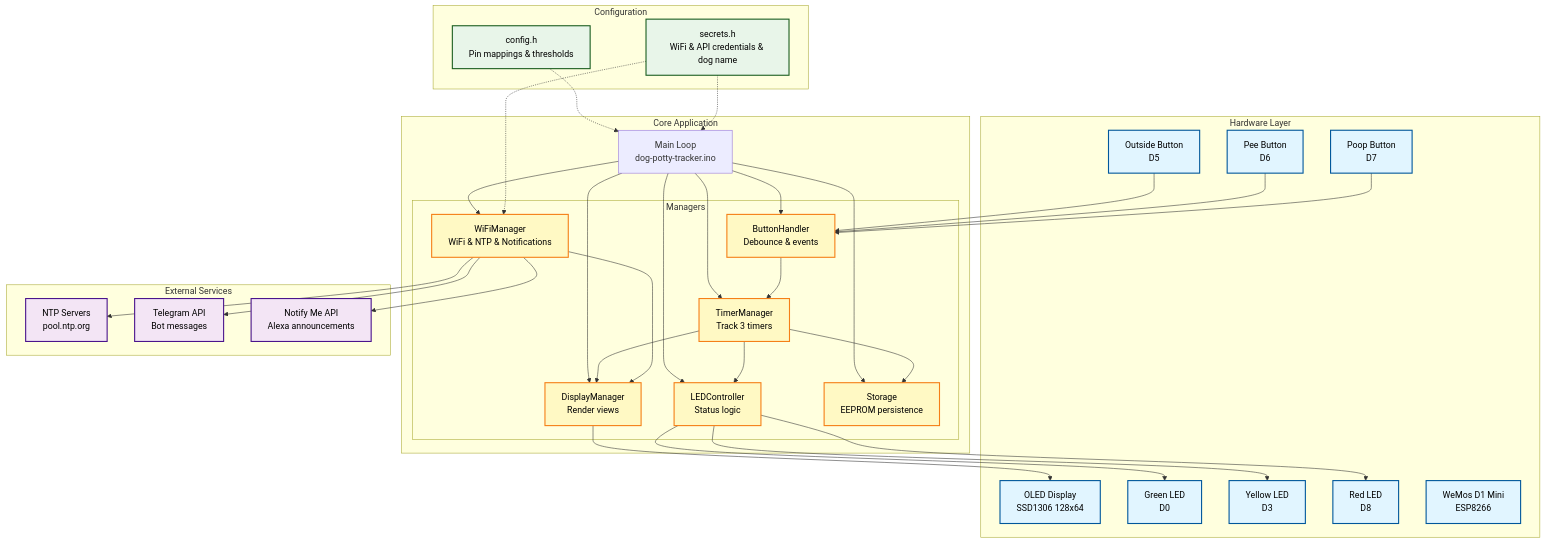
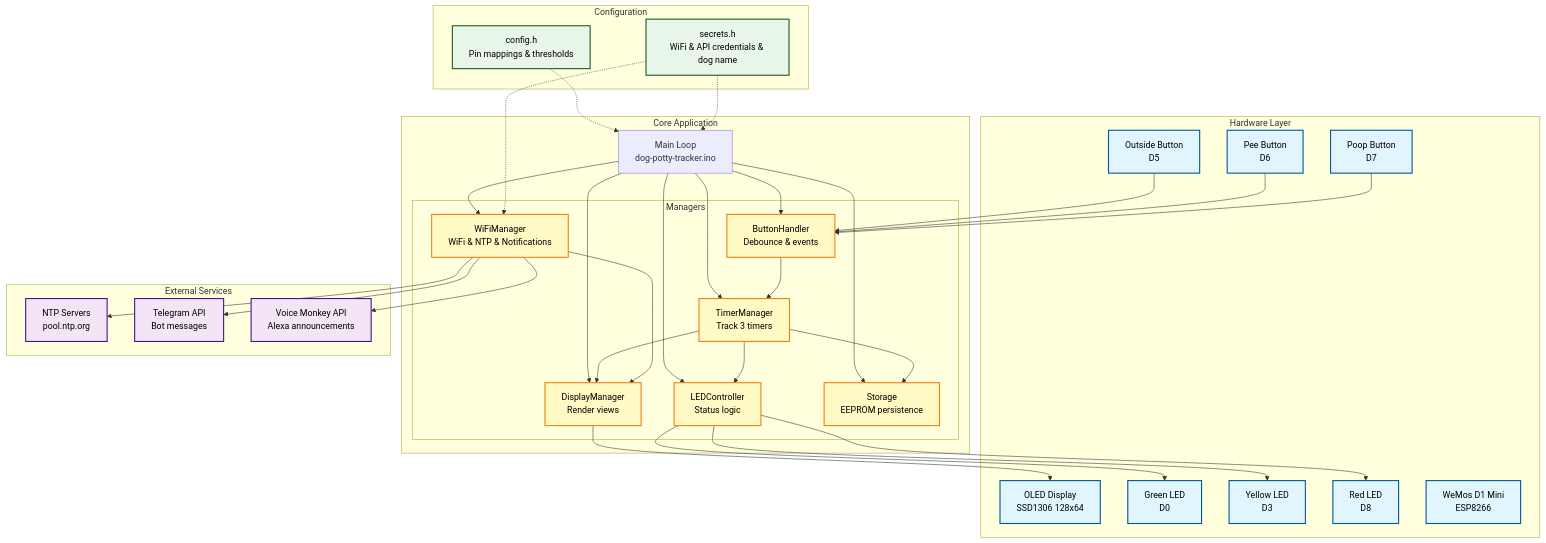
The diagram in README.md (Govanator12/dog-potty-tracker), drawn with Mermaid before and after one commit. The commit also changed other lines of this file and 4 other files, not shown here.

````diff
--- a/README.md
+++ b/README.md
@@ -19,80 +19,80 @@
 ```mermaid
 graph TB
     subgraph "Hardware Layer"
         OLED[OLED Display<br/>SSD1306 128x64]
         BTN1[Outside Button<br/>D5]
         BTN2[Pee Button<br/>D6]
         BTN3[Poop Button<br/>D7]
         LED1[Green LED<br/>D0]
         LED2[Yellow LED<br/>D3]
         LED3[Red LED<br/>D8]
         ESP[WeMos D1 Mini<br/>ESP8266]
     end
 
     subgraph "Core Application"
         MAIN[Main Loop<br/>dog-potty-tracker.ino]
 
         subgraph "Managers"
             TIMER[TimerManager<br/>Track 3 timers]
             DISPLAY[DisplayManager<br/>Render views]
             BUTTON[ButtonHandler<br/>Debounce & events]
             LEDCTL[LEDController<br/>Status logic]
             WIFI[WiFiManager<br/>WiFi & NTP & Notifications]
             STORAGE[Storage<br/>EEPROM persistence]
         end
     end
 
     subgraph "External Services"
         NTP[NTP Servers<br/>pool.ntp.org]
         TELEGRAM[Telegram API<br/>Bot messages]
-        ALEXA[Notify Me API<br/>Alexa announcements]
+        ALEXA[Voice Monkey API<br/>Alexa announcements]
     end
 
     subgraph "Configuration"
         CONFIG[config.h<br/>Pin mappings & thresholds]
         SECRETS[secrets.h<br/>WiFi & API credentials & dog name]
     end
 
     %% Hardware connections
     BTN1 --> BUTTON
     BTN2 --> BUTTON
     BTN3 --> BUTTON
     LEDCTL --> LED1
     LEDCTL --> LED2
     LEDCTL --> LED3
     DISPLAY --> OLED
 
     %% Main loop connections
     MAIN --> TIMER
     MAIN --> DISPLAY
     MAIN --> BUTTON
     MAIN --> LEDCTL
     MAIN --> WIFI
     MAIN --> STORAGE
 
     %% Manager interactions
     BUTTON --> TIMER
     TIMER --> DISPLAY
     TIMER --> LEDCTL
     TIMER --> STORAGE
     WIFI --> DISPLAY
     WIFI --> NTP
     WIFI --> TELEGRAM
     WIFI --> ALEXA
 
     %% Configuration
     CONFIG -.-> MAIN
     SECRETS -.-> WIFI
     SECRETS -.-> MAIN
 
     %% Styling
     classDef hardware fill:#e1f5ff,stroke:#01579b,stroke-width:2px,color:#000
     classDef manager fill:#fff9c4,stroke:#f57f17,stroke-width:2px,color:#000
     classDef external fill:#f3e5f5,stroke:#4a148c,stroke-width:2px,color:#000
     classDef config fill:#e8f5e9,stroke:#1b5e20,stroke-width:2px,color:#000
 
     class OLED,BTN1,BTN2,BTN3,LED1,LED2,LED3,ESP hardware
     class TIMER,DISPLAY,BUTTON,LEDCTL,WIFI,STORAGE manager
     class NTP,TELEGRAM,ALEXA external
     class CONFIG,SECRETS config
 ```
````
